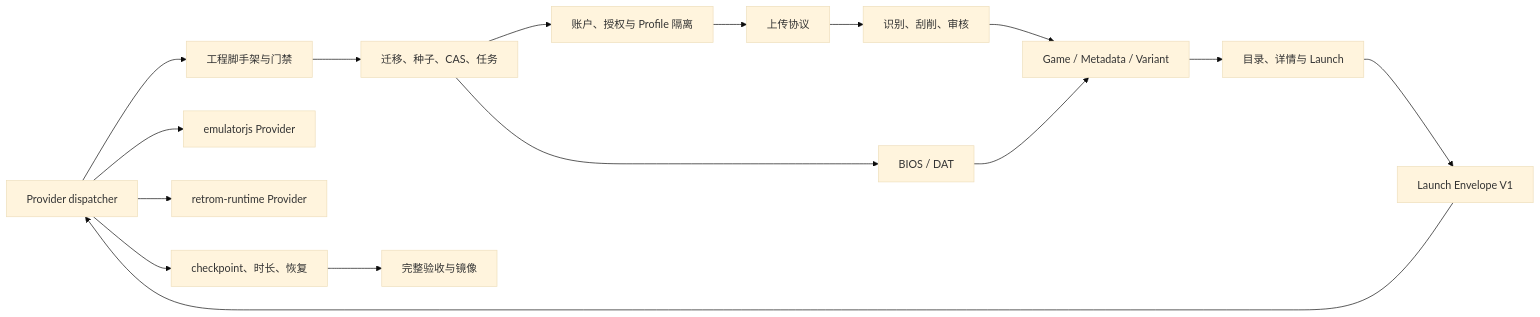
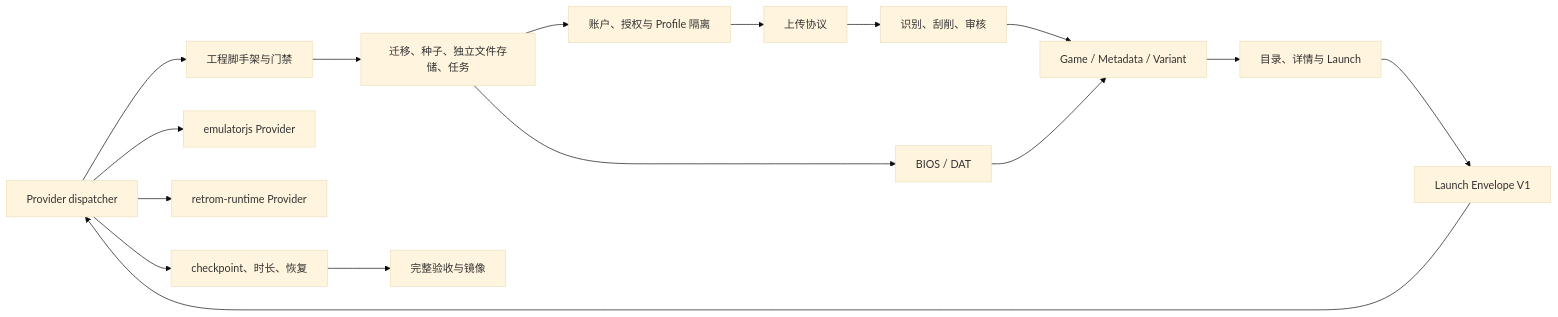
Before and after one commit to retrom-project/retrom: the diagram in docs/implementation-plan.md, drawn with Mermaid (base theme). The commit also changed other lines of this file and 729 other files, not shown here.

````diff
--- a/docs/implementation-plan.md
+++ b/docs/implementation-plan.md
@@ -24,18 +24,18 @@
 ```mermaid
 flowchart LR
     D["版本化依赖 manifest"] --> F["工程脚手架与门禁"]
-    F --> S["迁移、种子、CAS、任务"]
+    F --> S["迁移、种子、独立文件存储、任务"]
     S --> A0["账户、授权与 Profile 隔离"]
     A0 --> U["上传协议"]
     U --> I["识别、刮削、审核"]
     S --> B["BIOS / DAT"]
     I --> G["Game / Metadata / Variant"]
     B --> G
     G --> L["目录、详情与 Launch"]
     L --> R["Launch Envelope V1"]
     R --> D["Provider dispatcher"]
     D --> E["emulatorjs Provider"]
     D --> RR["retrom-runtime Provider"]
     D --> P["checkpoint、时长、恢复"]
     P --> A["完整验收与镜像"]
 ```
````
